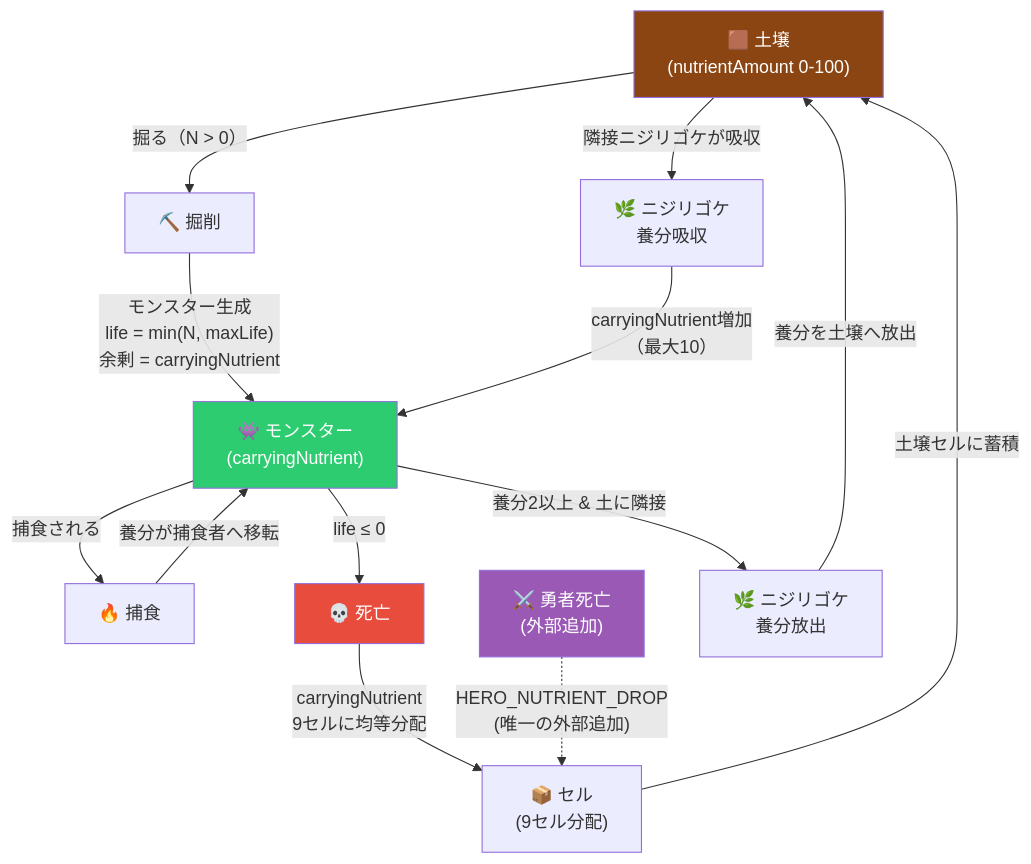
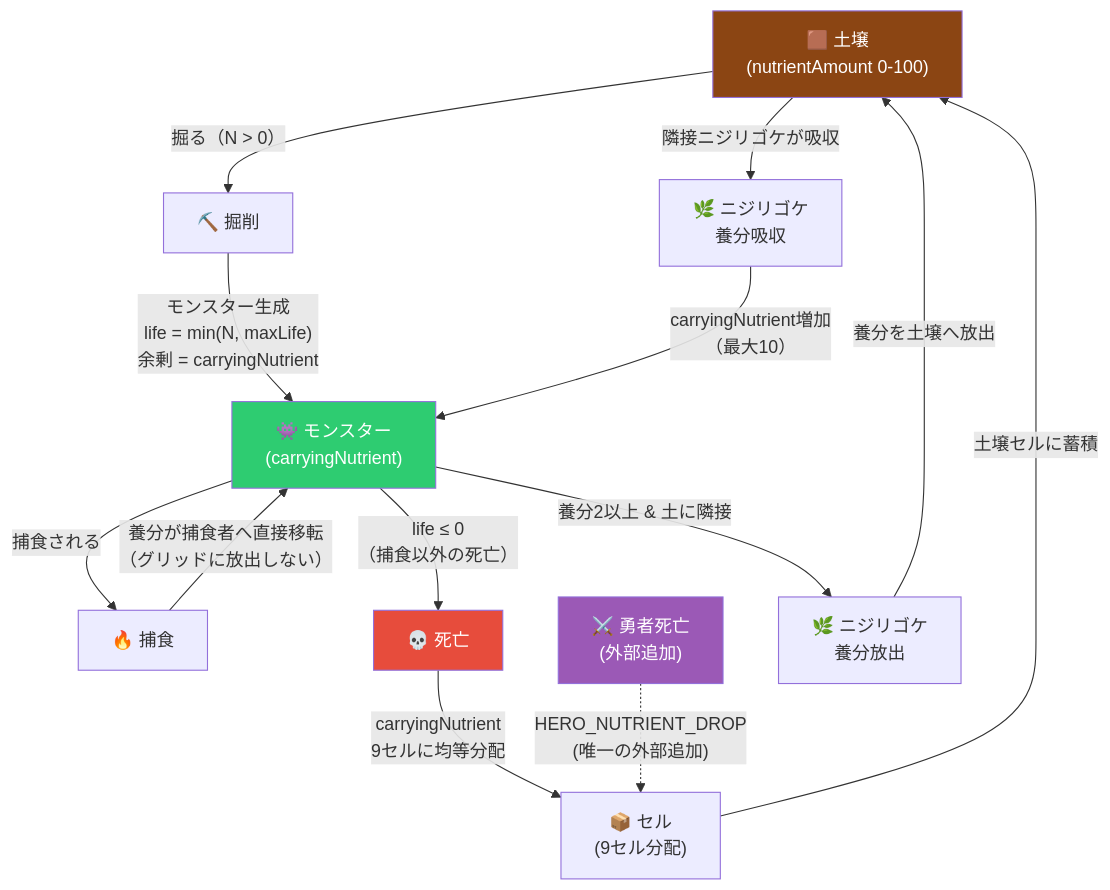
Before and after one commit to padawansato/yn-game: the first of 4 diagrams in docs/diagrams/nutrient-flow.md, drawn with Mermaid. The commit also changed other lines of this file and 1 other file, not shown here.

Commit message:
fix(docs): clarify diagram-spec inconsistencies (closes #44) (#46)
- monster-lifecycle: replace <<fork>> notation with simpler dashed arrow
  for egg entity creation (separate entity, not a Lizardman phase)
- nutrient-flow: distinguish predation transfer (direct to predator)
  from death distribution (9-cell grid release)
- hero-system: confirmed correct (demonLordPosition in demon-lord-flag spec)

````diff
--- a/docs/diagrams/nutrient-flow.md
+++ b/docs/diagrams/nutrient-flow.md
@@ -6,30 +6,30 @@
 ```mermaid
 flowchart TD
     SOIL["🟫 土壌\n(nutrientAmount 0-100)"]
     DIG["⛏️ 掘削"]
     MONSTER["👾 モンスター\n(carryingNutrient)"]
     PREDATION["🔥 捕食"]
     DEATH["💀 死亡"]
     CELLS["📦 セル\n(9セル分配)"]
     HERO_DEATH["⚔️ 勇者死亡\n(外部追加)"]
     ABSORB["🌿 ニジリゴケ\n養分吸収"]
     RELEASE["🌿 ニジリゴケ\n養分放出"]
 
     SOIL -->|"掘る（N > 0）"| DIG
     DIG -->|"モンスター生成\nlife = min(N, maxLife)\n余剰 = carryingNutrient"| MONSTER
     MONSTER -->|"捕食される"| PREDATION
-    PREDATION -->|"養分が捕食者へ移転"| MONSTER
-    MONSTER -->|"life ≤ 0"| DEATH
+    PREDATION -->|"養分が捕食者へ直接移転\n（グリッドに放出しない）"| MONSTER
+    MONSTER -->|"life ≤ 0\n（捕食以外の死亡）"| DEATH
     DEATH -->|"carryingNutrient\n9セルに均等分配"| CELLS
     CELLS -->|"土壌セルに蓄積"| SOIL
     SOIL -->|"隣接ニジリゴケが吸収"| ABSORB
     ABSORB -->|"carryingNutrient増加\n（最大10）"| MONSTER
     MONSTER -->|"養分2以上 & 土に隣接"| RELEASE
     RELEASE -->|"養分を土壌へ放出"| SOIL
     HERO_DEATH -.->|"HERO_NUTRIENT_DROP\n(唯一の外部追加)"| CELLS
 
     style HERO_DEATH fill:#9b59b6,color:#fff
     style SOIL fill:#8B4513,color:#fff
     style MONSTER fill:#2ecc71,color:#fff
     style DEATH fill:#e74c3c,color:#fff
 ```
````
